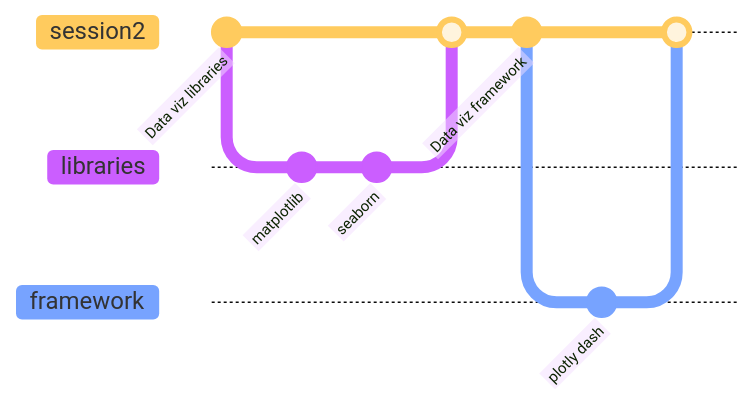
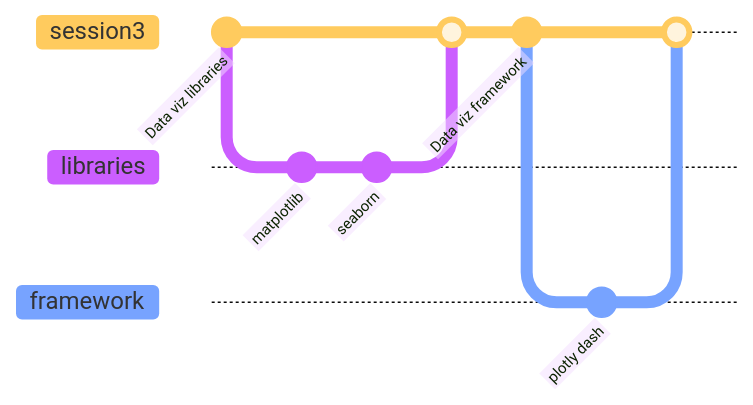
One commit to Fszta/Data-tools-lecture changed the third of 3 diagrams in docs/index.md. Above: the diagram before and after it, drawn with Mermaid. The commit also changed other lines of this file, not shown here.

Commit message:
update mermaid graph

````diff
--- a/docs/index.md
+++ b/docs/index.md
@@ -43,21 +69,21 @@
 ``` mermaid
-    %%{init: { 'logLevel': 'debug', 'theme': 'base', 'gitGraph': {'showBranches': true, 'showCommitLabel':true,'mainBranchName': 'session2'}} }%%
+    %%{init: { 'logLevel': 'debug', 'theme': 'base', 'gitGraph': {'showBranches': true, 'showCommitLabel':true,'mainBranchName': 'session3'}} }%%
 
     gitGraph
        commit id: "Data viz libraries"
        branch libraries
        checkout libraries
        commit id: "matplotlib"
        commit id: "seaborn"
-       checkout session2
+       checkout session3
        merge libraries
        commit id: "Data viz framework"
        branch framework
        checkout framework
        commit id: "plotly dash"
-       checkout session2
+       checkout session3
        merge framework
        
  
        
 ```
````
